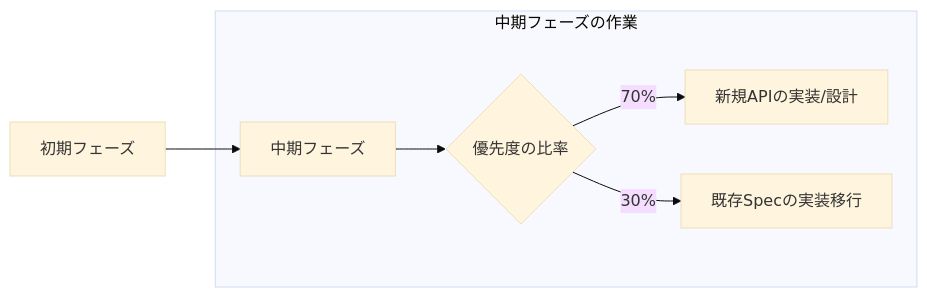
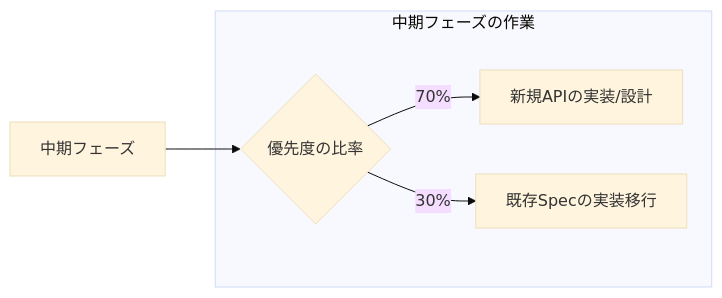
The third of 4 diagrams in pages/section5.md (Hal-Spidernight/slide_tskaigi_hokuriku), drawn with Mermaid (base theme) before and after one commit. The commit also changed other lines of this file, not shown here.

````diff
--- a/pages/section5.md
+++ b/pages/section5.md
@@ -310,10 +310,9 @@
 ```mermaid {scale:0.6}
 graph LR
-    A3[初期フェーズ] --> B[中期フェーズ];
+    A3[中期フェーズ] --> B_PRIORITY{優先度の比率};
 
         subgraph 中期フェーズの作業
-            B --> B_PRIORITY{優先度の比率};
             B_PRIORITY -- 70% --> B2[新規APIの実装/設計];
             B_PRIORITY -- 30% --> B3[既存Specの実装移行];
         end
 ```
````
